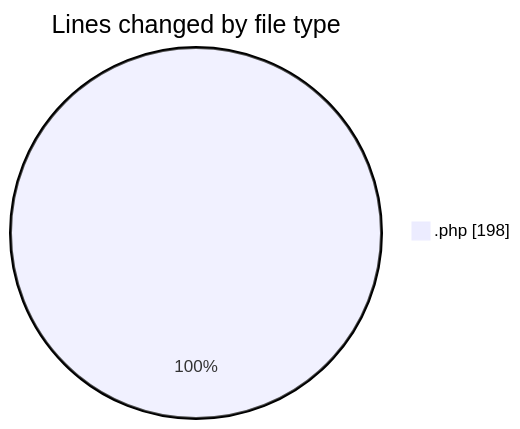
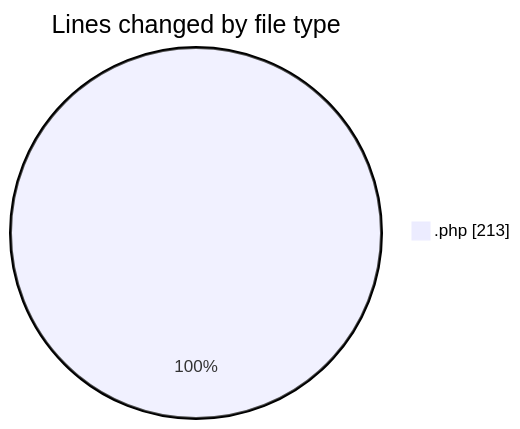
Before and after one commit to LanceThiago/code-tracking: the first of 2 diagrams in 2025-09-16/totem2/README.md, drawn with Mermaid. The commit also changed other lines of this file and 1 other file, not shown here.

````diff
--- a/2025-09-16/totem2/README.md
+++ b/2025-09-16/totem2/README.md
@@ -21,5 +21,5 @@
 ```mermaid
 pie showData
 title Lines changed by file type
-".php" : 198
+".php" : 213
 ```
````
